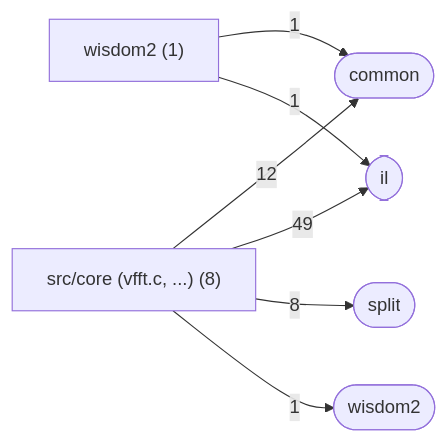
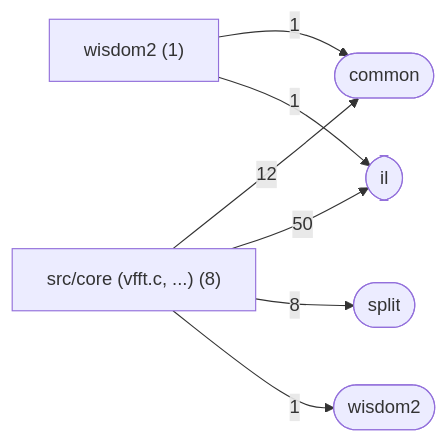
Before and after one commit to Tugbars/VectorFFT: the fourth of 4 diagrams in docs/architecture/generated/folders.md, drawn with Mermaid. The commit also changed other lines of this file and 13 other files, not shown here.

First line of the commit message:
Architecture pages regenerated for il/real/dct1_dst1.h and real_child.h

````diff
--- a/docs/architecture/generated/folders.md
+++ b/docs/architecture/generated/folders.md
@@ -88,15 +88,15 @@
 ```mermaid
 flowchart LR
     n__core_["src/core (vfft.c, ...) (8)"]
     n_wisdom2["wisdom2 (1)"]
     n_zone_common(["common"])
     n_zone_il(["il"])
     n_zone_split(["split"])
     n_zone_wisdom2(["wisdom2"])
     n__core_ -->|12| n_zone_common
-    n__core_ -->|49| n_zone_il
+    n__core_ -->|50| n_zone_il
     n__core_ -->|8| n_zone_split
     n__core_ -->|1| n_zone_wisdom2
     n_wisdom2 -->|1| n_zone_common
     n_wisdom2 -->|1| n_zone_il
 ```
````
